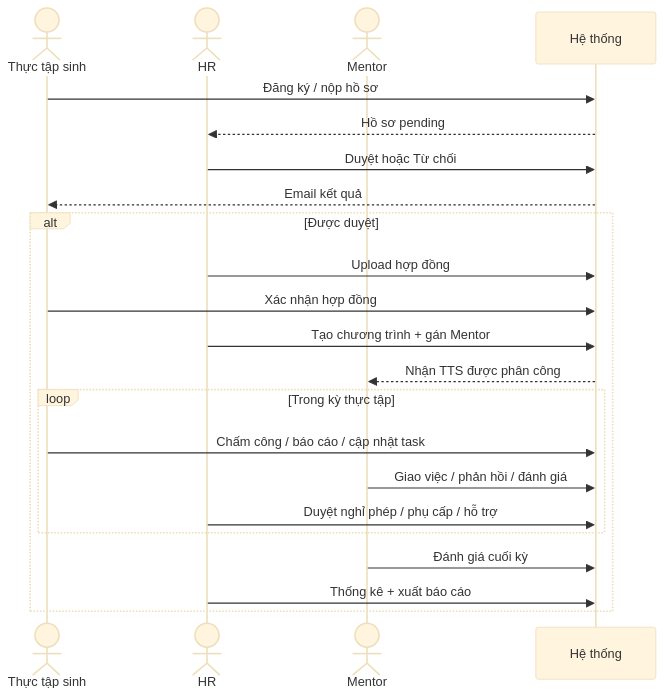
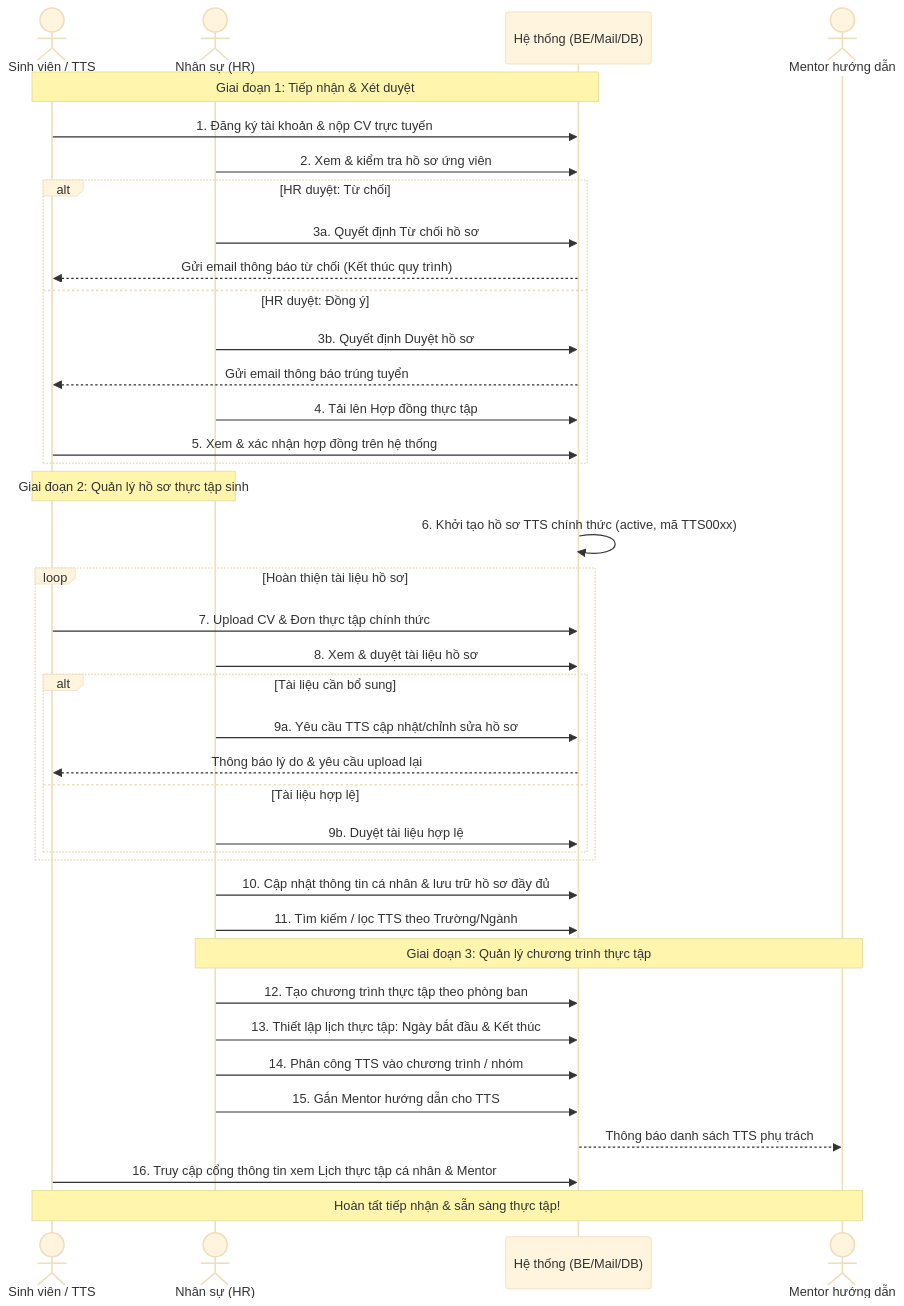
The second of 3 diagrams in docs/software-specification.md (AnLT206/Product_Backlog_Internship_Ictu), drawn with Mermaid (base theme) before and after one commit. The commit also changed other lines of this file and 9 other files, not shown here.

````diff
--- a/docs/software-specification.md
+++ b/docs/software-specification.md
@@ -91,28 +131,47 @@
 ```mermaid
 sequenceDiagram
-    actor TTS as Thực tập sinh
-    actor HR as HR
-    actor Mentor as Mentor
-    participant Sys as Hệ thống
+    actor TTS as Sinh viên / TTS
+    actor HR as Nhân sự (HR)
+    participant Sys as Hệ thống (BE/Mail/DB)
+    actor Mentor as Mentor hướng dẫn
 
-    TTS->>Sys: Đăng ký / nộp hồ sơ
-    Sys-->>HR: Hồ sơ pending
-    HR->>Sys: Duyệt hoặc Từ chối
-    Sys-->>TTS: Email kết quả
+    %% GIAI ĐOẠN 1
+    Note over TTS,Sys: Giai đoạn 1: Tiếp nhận & Xét duyệt
+    TTS->>Sys: 1. Đăng ký tài khoản & nộp CV trực tuyến
+    HR->>Sys: 2. Xem & kiểm tra hồ sơ ứng viên
+    alt HR duyệt: Từ chối
+        HR->>Sys: 3a. Quyết định Từ chối hồ sơ
+        Sys-->>TTS: Gửi email thông báo từ chối (Kết thúc quy trình)
+    else HR duyệt: Đồng ý
+        HR->>Sys: 3b. Quyết định Duyệt hồ sơ
+        Sys-->>TTS: Gửi email thông báo trúng tuyển
+        HR->>Sys: 4. Tải lên Hợp đồng thực tập
+        TTS->>Sys: 5. Xem & xác nhận hợp đồng trên hệ thống
+    end
 
-    alt Được duyệt
-        HR->>Sys: Upload hợp đồng
-        TTS->>Sys: Xác nhận hợp đồng
-        HR->>Sys: Tạo chương trình + gán Mentor
-        Sys-->>Mentor: Nhận TTS được phân công
+    %% GIAI ĐOẠN 2
+    Note over TTS,HR: Giai đoạn 2: Quản lý hồ sơ thực tập sinh
+    Sys->>Sys: 6. Khởi tạo hồ sơ TTS chính thức (active, mã TTS00xx)
+    loop Hoàn thiện tài liệu hồ sơ
+        TTS->>Sys: 7. Upload CV & Đơn thực tập chính thức
+        HR->>Sys: 8. Xem & duyệt tài liệu hồ sơ
+        alt Tài liệu cần bổ sung
+            HR->>Sys: 9a. Yêu cầu TTS cập nhật/chỉnh sửa hồ sơ
+            Sys-->>TTS: Thông báo lý do & yêu cầu upload lại
+        else Tài liệu hợp lệ
+            HR->>Sys: 9b. Duyệt tài liệu hợp lệ
+        end
+    end
+    HR->>Sys: 10. Cập nhật thông tin cá nhân & lưu trữ hồ sơ đầy đủ
+    HR->>Sys: 11. Tìm kiếm / lọc TTS theo Trường/Ngành
 
-        loop Trong kỳ thực tập
-            TTS->>Sys: Chấm công / báo cáo / cập nhật task
-            Mentor->>Sys: Giao việc / phản hồi / đánh giá
-            HR->>Sys: Duyệt nghỉ phép / phụ cấp / hỗ trợ
-        end
-
-        Mentor->>Sys: Đánh giá cuối kỳ
-        HR->>Sys: Thống kê + xuất báo cáo
-    end
+    %% GIAI ĐOẠN 3
+    Note over HR,Mentor: Giai đoạn 3: Quản lý chương trình thực tập
+    HR->>Sys: 12. Tạo chương trình thực tập theo phòng ban
+    HR->>Sys: 13. Thiết lập lịch thực tập: Ngày bắt đầu & Kết thúc
+    HR->>Sys: 14. Phân công TTS vào chương trình / nhóm
+    HR->>Sys: 15. Gắn Mentor hướng dẫn cho TTS
+    Sys-->>Mentor: Thông báo danh sách TTS phụ trách
+    TTS->>Sys: 16. Truy cập cổng thông tin xem Lịch thực tập cá nhân & Mentor
+    Note over TTS,Mentor: Hoàn tất tiếp nhận & sẵn sàng thực tập!
 ```
````
